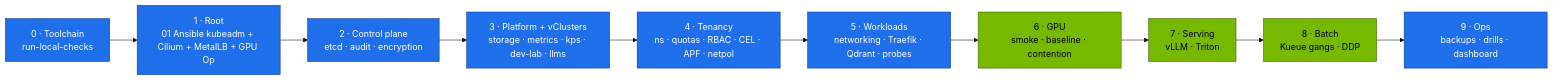
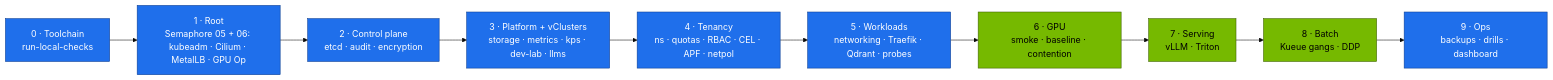
The second of 3 diagrams in 02 Kubernetes/15-dgx-spark-datacenter-simulation-lab.md (cloudone365/technical-depth), drawn with Mermaid (base theme) before and after one commit. The commit also changed other lines of this file and 37 other files, not shown here.

````diff
--- a/02 Kubernetes/15-dgx-spark-datacenter-simulation-lab.md
+++ b/02 Kubernetes/15-dgx-spark-datacenter-simulation-lab.md
@@ -156,16 +169,16 @@
 ```mermaid
 flowchart LR
-  G0["0 · Toolchain<br/>run-local-checks"] --> G1["1 · Root<br/>01 Ansible kubeadm + Cilium + MetalLB + GPU Op"]
+  G0["0 · Toolchain<br/>run-local-checks"] --> G1["1 · Root<br/>Semaphore 05 + 06: kubeadm · Cilium · MetalLB · GPU Op"]
   G1 --> G2["2 · Control plane<br/>etcd · audit · encryption"]
   G2 --> G3["3 · Platform + vClusters<br/>storage · metrics · kps · dev-lab · llms"]
   G3 --> G4["4 · Tenancy<br/>ns · quotas · RBAC · CEL · APF · netpol"]
   G4 --> G5["5 · Workloads<br/>networking · Traefik · Qdrant · probes"]
   G5 --> G6["6 · GPU<br/>smoke · baseline · contention"]
   G6 --> G7["7 · Serving<br/>vLLM · Triton"]
   G7 --> G8["8 · Batch<br/>Kueue gangs · DDP"]
   G8 --> G9["9 · Ops<br/>backups · drills · dashboard"]
   classDef ctrl fill:#1f6feb,stroke:#0b3d91,color:#fff
   classDef gpu fill:#76b900,stroke:#3d6000,color:#000
   class G0,G1,G2,G3,G4,G5,G9 ctrl
   class G6,G7,G8 gpu
 ```
````
